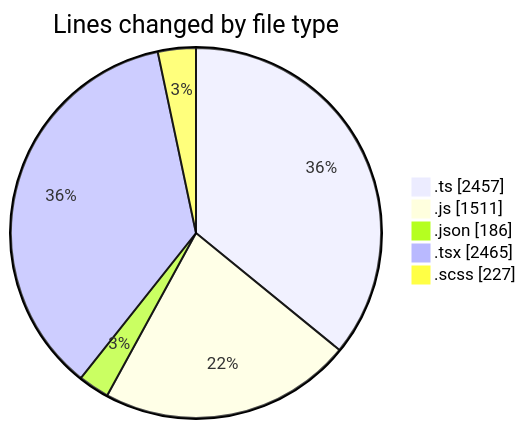
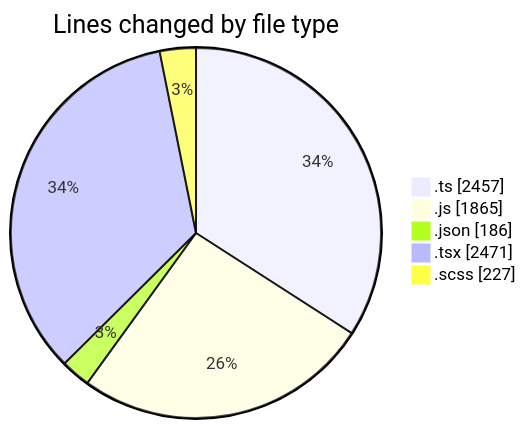
Before and after one commit to momahboobian/code-tracking: the first of 2 diagrams in 2026-06-18/cda/README.md, drawn with Mermaid. The commit also changed other lines of this file and 1 other file, not shown here.

````diff
--- a/2026-06-18/cda/README.md
+++ b/2026-06-18/cda/README.md
@@ -53,9 +54,9 @@
 ```mermaid
 pie showData
 title Lines changed by file type
 ".ts" : 2457
-".js" : 1511
+".js" : 1865
 ".json" : 186
-".tsx" : 2465
+".tsx" : 2471
 ".scss" : 227
 ```
````
